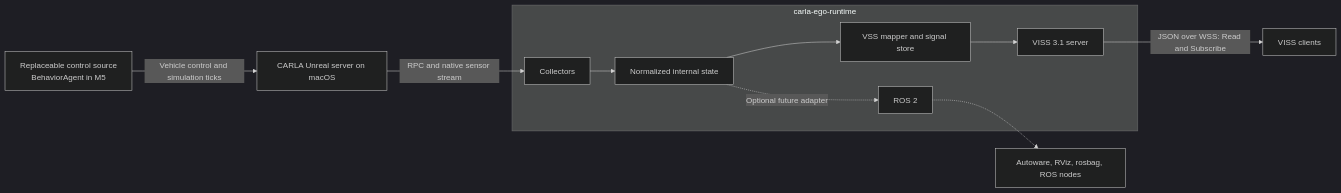
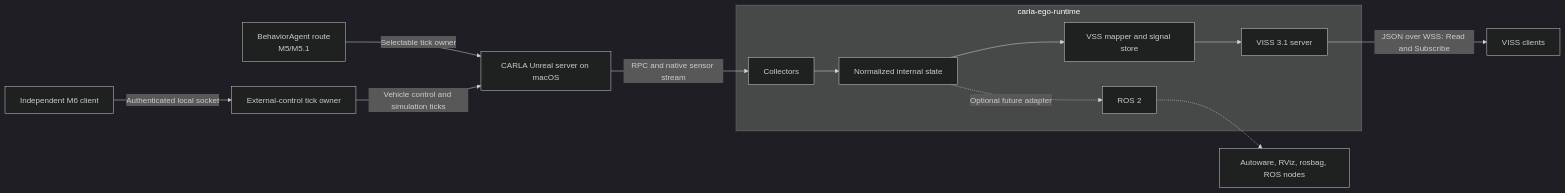
Before and after one commit to alexmaninblack/carla-ego-runtime: the diagram in docs/architecture.md, drawn with Mermaid (dark theme). The commit also changed other lines of this file and 16 other files, not shown here.

Commit message:
feat: complete M6 external vehicle control

````diff
--- a/docs/architecture.md
+++ b/docs/architecture.md
@@ -11,13 +11,15 @@
 ```mermaid
 flowchart LR
     subgraph R["carla-ego-runtime"]
         K["Collectors"] --> N["Normalized internal state"]
         N --> M["VSS mapper and signal store"]
         M --> S["VISS 3.1 server"]
         N -. "Optional future adapter" .-> ROS["ROS 2"]
     end
     C["CARLA Unreal server on macOS"] -->|"RPC and native sensor stream"| K
-    A["Replaceable control source<br/>BehaviorAgent in M5"] -->|"Vehicle control and simulation ticks"| C
+    B["BehaviorAgent route<br/>M5/M5.1"] -->|"Selectable tick owner"| C
+    ECTL["Independent M6 client"] -->|"Authenticated local socket"| XCTL["External-control tick owner"]
+    XCTL -->|"Vehicle control and simulation ticks"| C
     S -->|"JSON over WSS: Read and Subscribe"| E["VISS clients"]
     ROS -.-> X["Autoware, RViz, rosbag, ROS nodes"]
 ```
````
